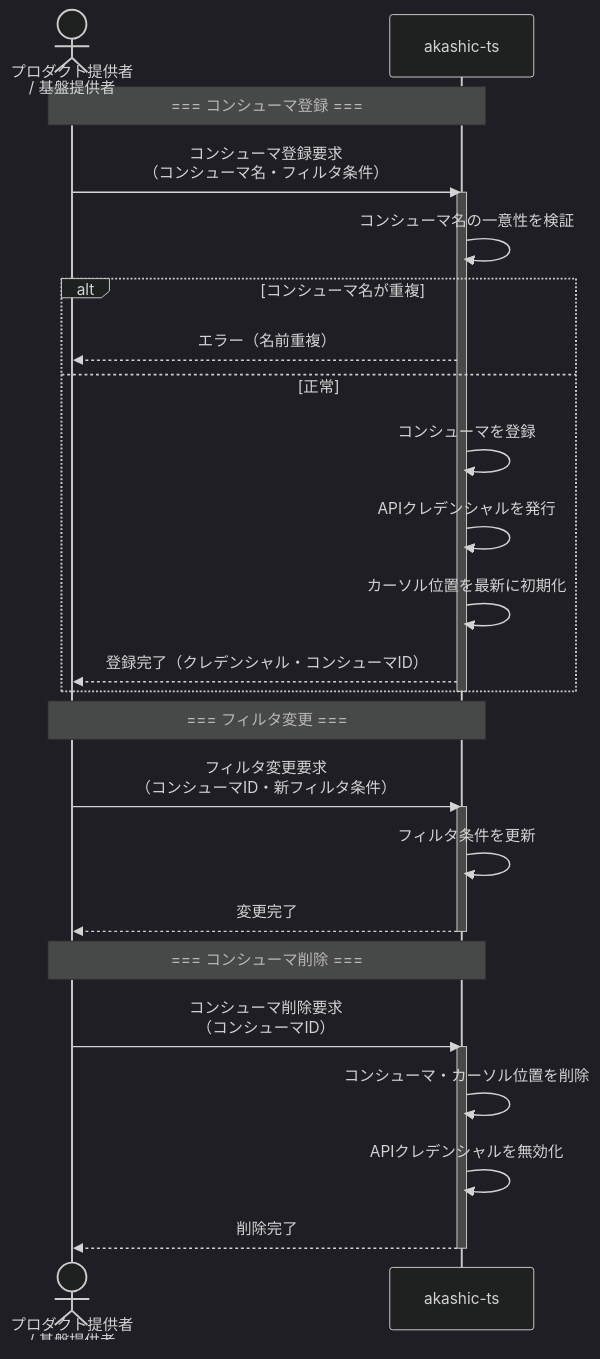
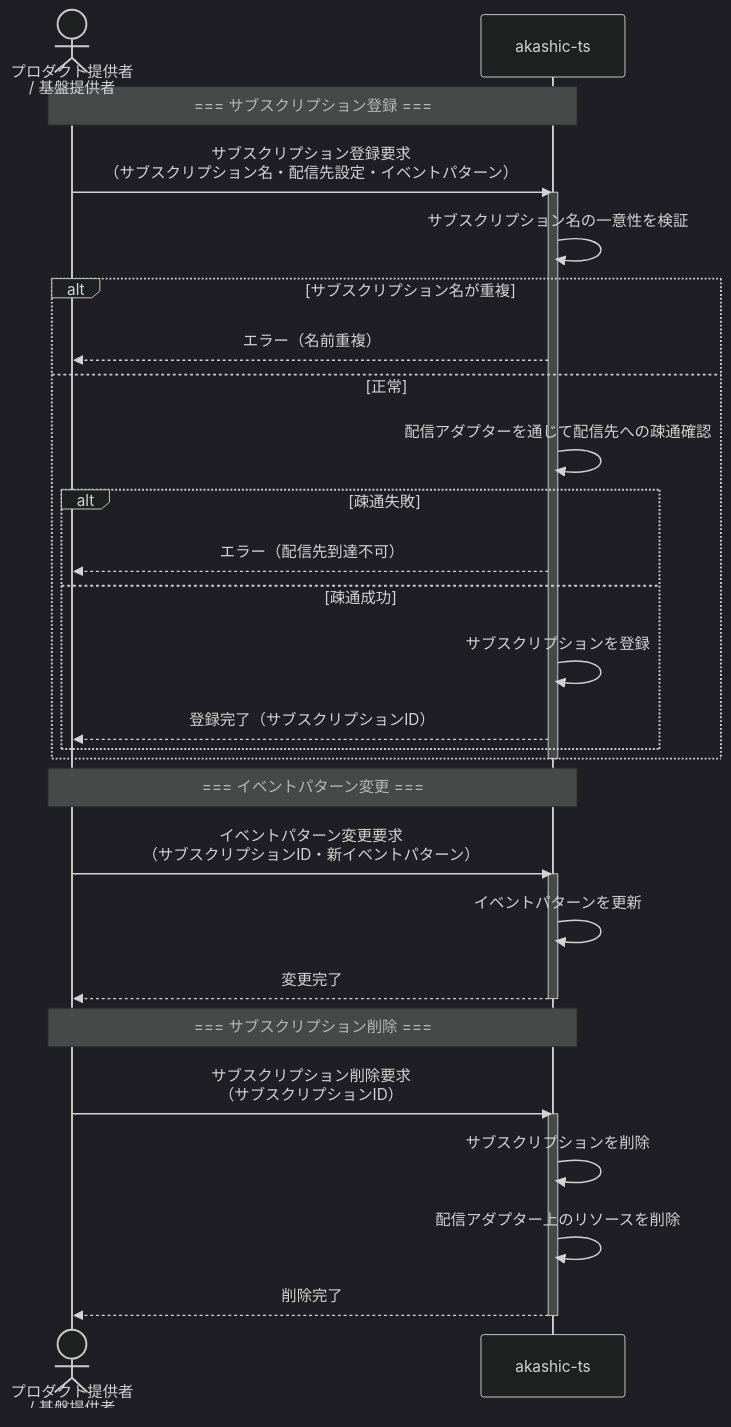
The third of 5 diagrams in apps/akashic-ts/docs/rdra/contexts/event-streaming.md (iwasa-kosui/monorepo), drawn with Mermaid (dark theme) before and after one commit. The commit also changed other lines of this file and 3 other files, not shown here.

````diff
--- a/apps/akashic-ts/docs/rdra/contexts/event-streaming.md
+++ b/apps/akashic-ts/docs/rdra/contexts/event-streaming.md
@@ -185,34 +245,37 @@
 ```mermaid
 sequenceDiagram
     actor P as プロダクト提供者<br/>/ 基盤提供者
     participant S as akashic-ts
 
-    Note over P,S: === コンシューマ登録 ===
-    P->>S: コンシューマ登録要求<br/>（コンシューマ名・フィルタ条件）
+    Note over P,S: === サブスクリプション登録 ===
+    P->>S: サブスクリプション登録要求<br/>（サブスクリプション名・配信先設定・イベントパターン）
     activate S
-    S->>S: コンシューマ名の一意性を検証
-    alt コンシューマ名が重複
+    S->>S: サブスクリプション名の一意性を検証
+    alt サブスクリプション名が重複
         S-->>P: エラー（名前重複）
     else 正常
-        S->>S: コンシューマを登録
-        S->>S: APIクレデンシャルを発行
-        S->>S: カーソル位置を最新に初期化
-        S-->>P: 登録完了（クレデンシャル・コンシューマID）
+        S->>S: 配信アダプターを通じて配信先への疎通確認
+        alt 疎通失敗
+            S-->>P: エラー（配信先到達不可）
+        else 疎通成功
+            S->>S: サブスクリプションを登録
+            S-->>P: 登録完了（サブスクリプションID）
+        end
     end
     deactivate S
 
-    Note over P,S: === フィルタ変更 ===
-    P->>S: フィルタ変更要求<br/>（コンシューマID・新フィルタ条件）
+    Note over P,S: === イベントパターン変更 ===
+    P->>S: イベントパターン変更要求<br/>（サブスクリプションID・新イベントパターン）
     activate S
-    S->>S: フィルタ条件を更新
+    S->>S: イベントパターンを更新
     S-->>P: 変更完了
     deactivate S
 
-    Note over P,S: === コンシューマ削除 ===
-    P->>S: コンシューマ削除要求<br/>（コンシューマID）
+    Note over P,S: === サブスクリプション削除 ===
+    P->>S: サブスクリプション削除要求<br/>（サブスクリプションID）
     activate S
-    S->>S: コンシューマ・カーソル位置を削除
-    S->>S: APIクレデンシャルを無効化
+    S->>S: サブスクリプションを削除
+    S->>S: 配信アダプター上のリソースを削除
     S-->>P: 削除完了
     deactivate S
 ```
````
